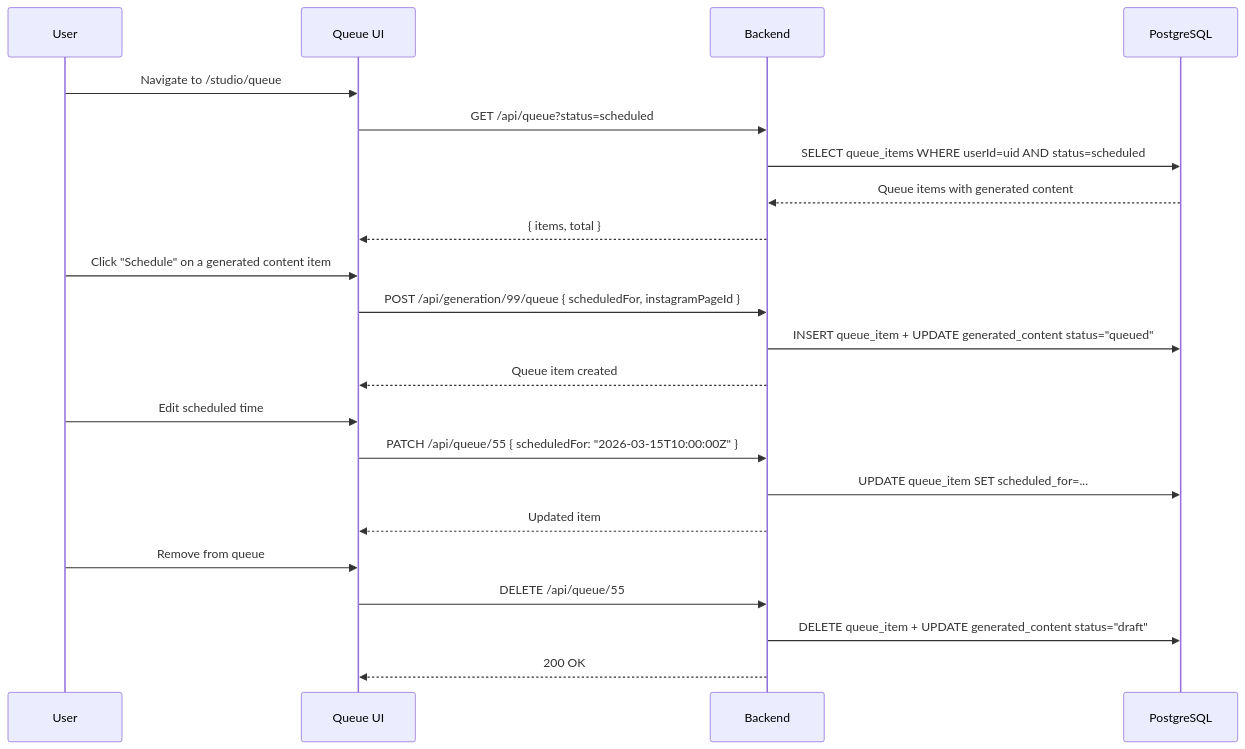
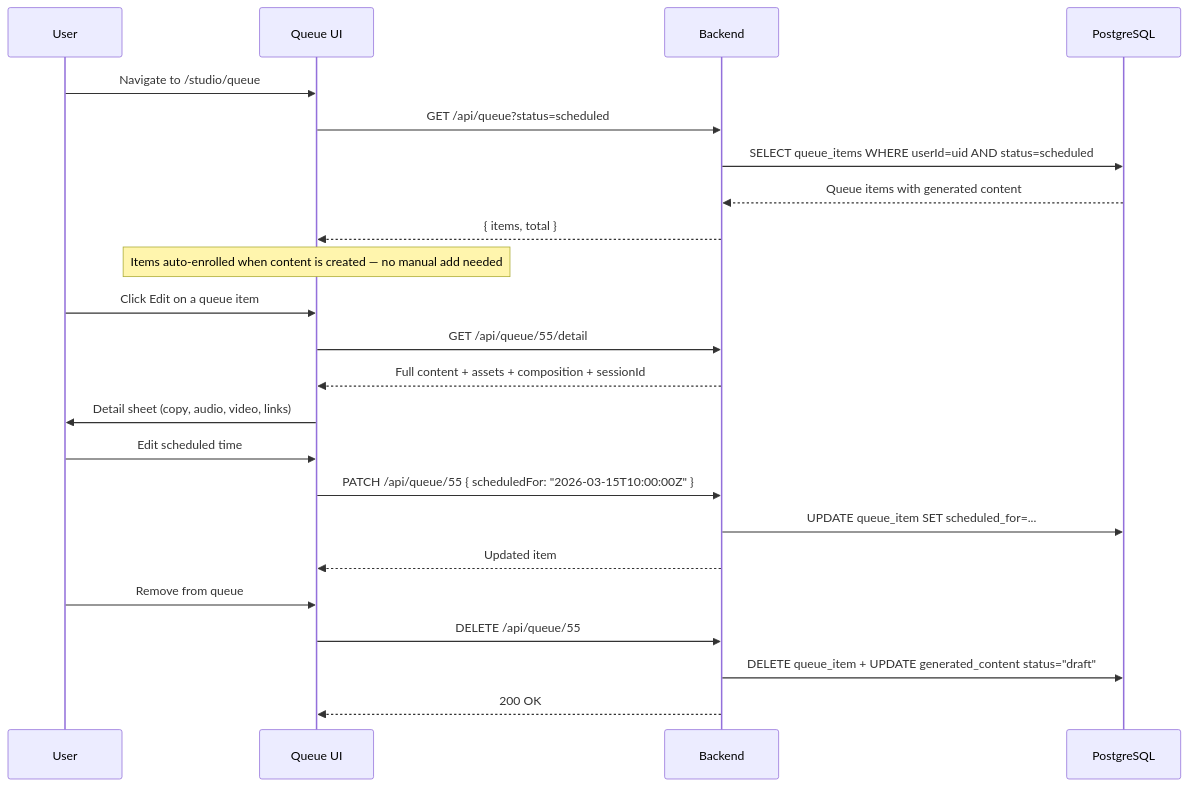
One commit to KennethAtchon/ContentAI changed the fourth of 5 diagrams in docs/architecture/domain/studio-system.md. Above: the diagram before and after it, drawn with Mermaid. The commit also changed other lines of this file and 9 other files, not shown here.

First line of the commit message:
feat: Automate queue enrollment for generated drafts and enhance pipeline status tracking

````diff
--- a/docs/architecture/domain/studio-system.md
+++ b/docs/architecture/domain/studio-system.md
@@ -247,28 +264,30 @@
 ```mermaid
 sequenceDiagram
     participant User
     participant Queue UI
     participant Backend
     participant PostgreSQL
 
     User->>Queue UI: Navigate to /studio/queue
     Queue UI->>Backend: GET /api/queue?status=scheduled
     Backend->>PostgreSQL: SELECT queue_items WHERE userId=uid AND status=scheduled
     PostgreSQL-->>Backend: Queue items with generated content
     Backend-->>Queue UI: { items, total }
 
-    User->>Queue UI: Click "Schedule" on a generated content item
-    Queue UI->>Backend: POST /api/generation/99/queue { scheduledFor, instagramPageId }
-    Backend->>PostgreSQL: INSERT queue_item + UPDATE generated_content status="queued"
-    Backend-->>Queue UI: Queue item created
+    Note over Queue UI: Items auto-enrolled when content is created — no manual add needed
+
+    User->>Queue UI: Click Edit on a queue item
+    Queue UI->>Backend: GET /api/queue/55/detail
+    Backend-->>Queue UI: Full content + assets + composition + sessionId
+    Queue UI->>User: Detail sheet (copy, audio, video, links)
 
     User->>Queue UI: Edit scheduled time
     Queue UI->>Backend: PATCH /api/queue/55 { scheduledFor: "2026-03-15T10:00:00Z" }
     Backend->>PostgreSQL: UPDATE queue_item SET scheduled_for=...
     Backend-->>Queue UI: Updated item
 
     User->>Queue UI: Remove from queue
     Queue UI->>Backend: DELETE /api/queue/55
     Backend->>PostgreSQL: DELETE queue_item + UPDATE generated_content status="draft"
     Backend-->>Queue UI: 200 OK
 ```
````
